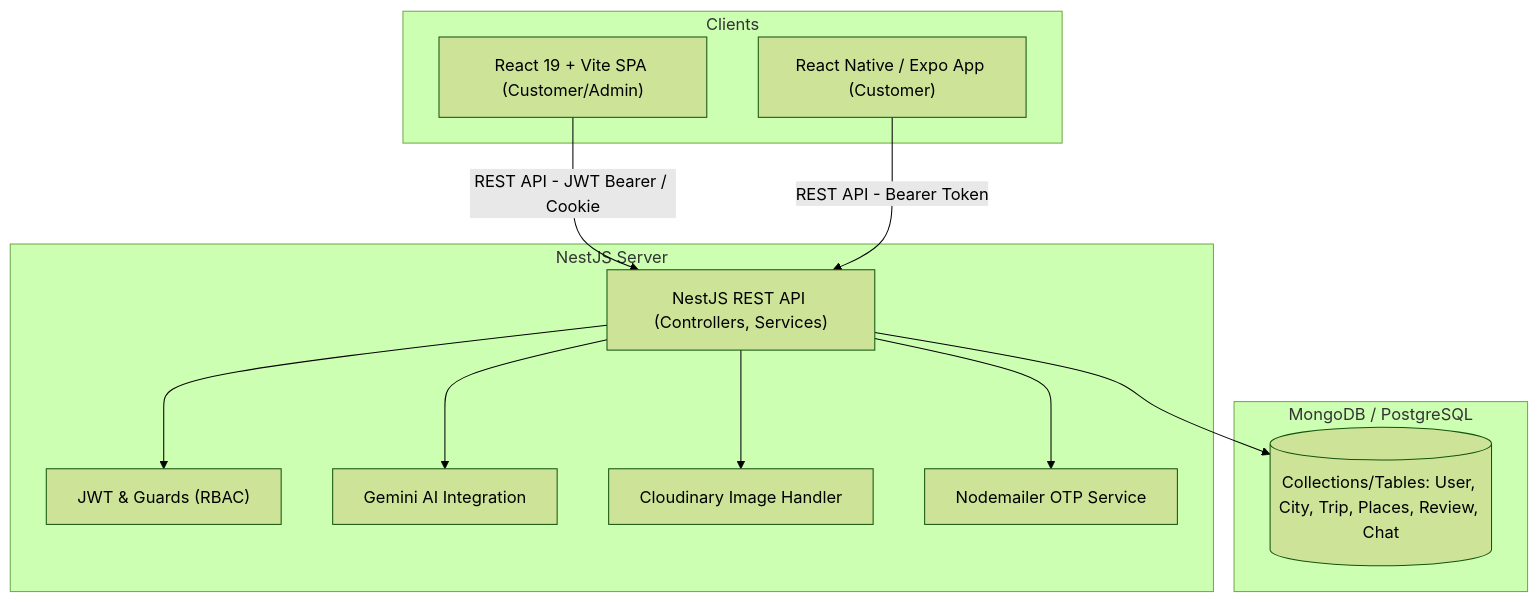
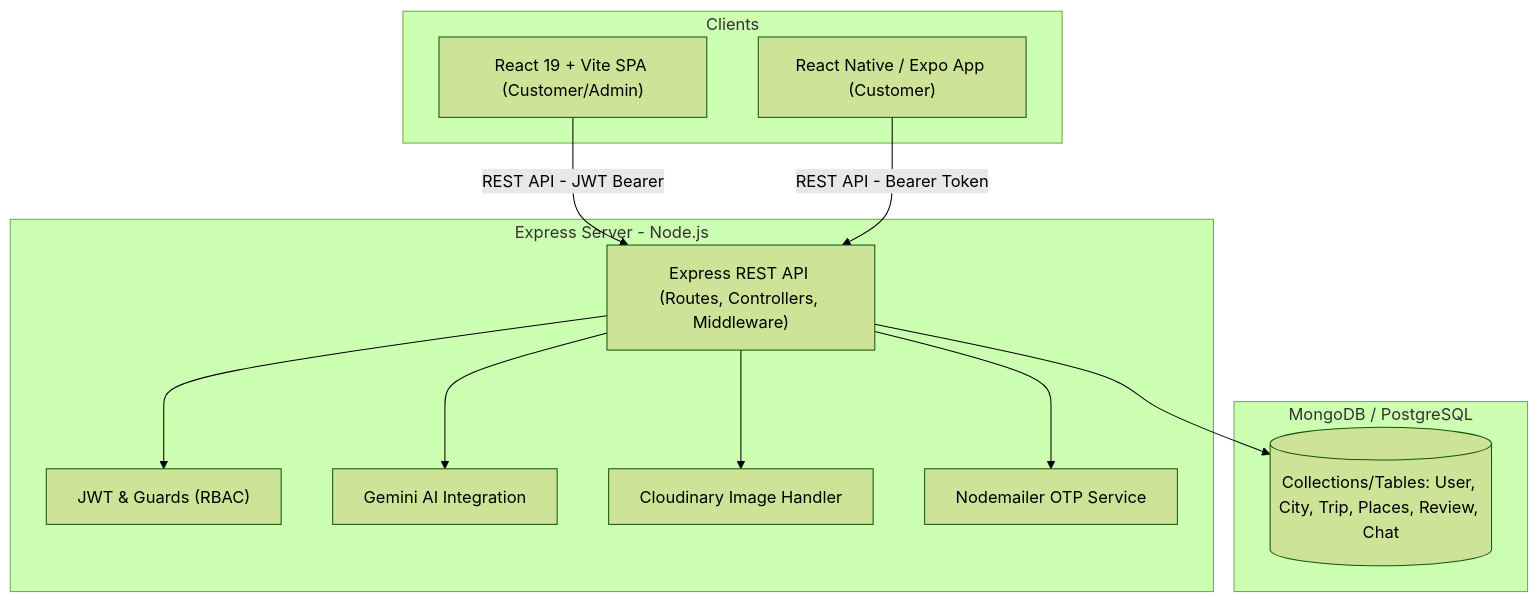
Before and after one commit to ThieuMinhDuy/TravelLakoFE_WEB: the diagram in docs/01_Introduction.md, drawn with Mermaid (forest theme). The commit also changed other lines of this file and 16 other files, not shown here.

````diff
--- a/docs/01_Introduction.md
+++ b/docs/01_Introduction.md
@@ -19,27 +19,27 @@
 ```mermaid
 graph TD
     subgraph Clients
         Web["React 19 + Vite SPA (Customer/Admin)"]
         Mobile["React Native / Expo App (Customer)"]
     end
 
-    subgraph Backend [NestJS Server]
-        API["NestJS REST API (Controllers, Services)"]
+    subgraph Backend [Express Server - Node.js]
+        API["Express REST API (Routes, Controllers, Middleware)"]
         Auth["JWT & Guards (RBAC)"]
         AI["Gemini AI Integration"]
         CDN["Cloudinary Image Handler"]
         Mail["Nodemailer OTP Service"]
     end
 
     subgraph Database [MongoDB / PostgreSQL]
         DB[(Collections/Tables: User, City, Trip, Places, Review, Chat)]
     end
 
-    Web -->|REST API - JWT Bearer / Cookie| API
+    Web -->|REST API - JWT Bearer| API
     Mobile -->|REST API - Bearer Token| API
     API --> Auth
     API --> DB
     API --> AI
     API --> CDN
     API --> Mail
 ```
````
